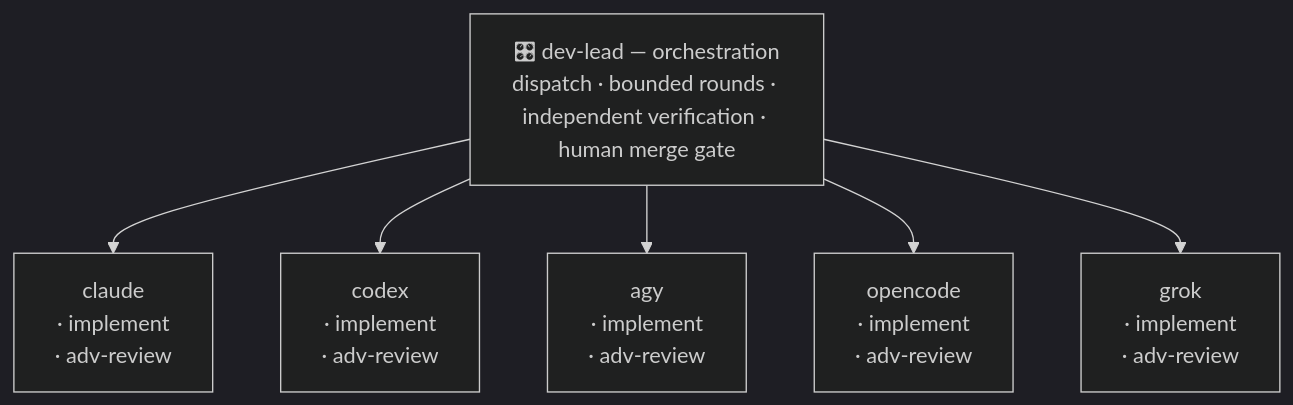
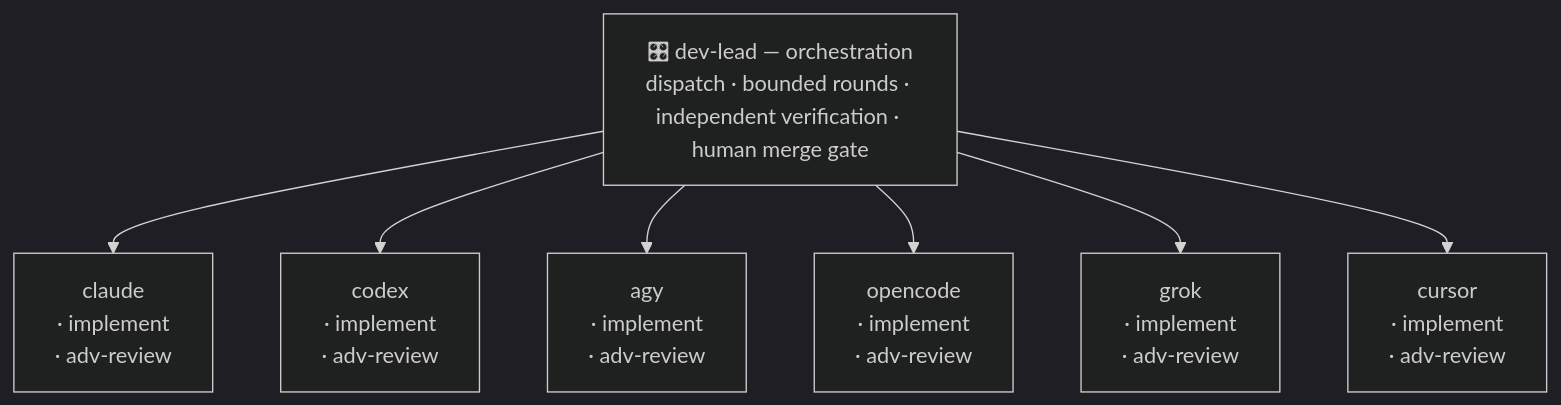
The first of 2 diagrams in README.md (aarontzeng/dev-lead), drawn with Mermaid (dark theme) before and after one commit. The commit also changed other lines of this file and 10 other files, not shown here.

````diff
--- a/README.md
+++ b/README.md
@@ -18,14 +18,16 @@
 ```mermaid
 flowchart TD
     LEAD["🎛 dev-lead — orchestration<br/>dispatch · bounded rounds · independent verification · human merge gate"]
     C["claude<br/>· implement<br/>· adv-review"]
     X["codex<br/>· implement<br/>· adv-review"]
     A["agy<br/>· implement<br/>· adv-review"]
     O["opencode<br/>· implement<br/>· adv-review"]
     G["grok<br/>· implement<br/>· adv-review"]
+    U["cursor<br/>· implement<br/>· adv-review"]
     LEAD --> C
     LEAD --> X
     LEAD --> A
     LEAD --> O
     LEAD --> G
+    LEAD --> U
 ```
````
